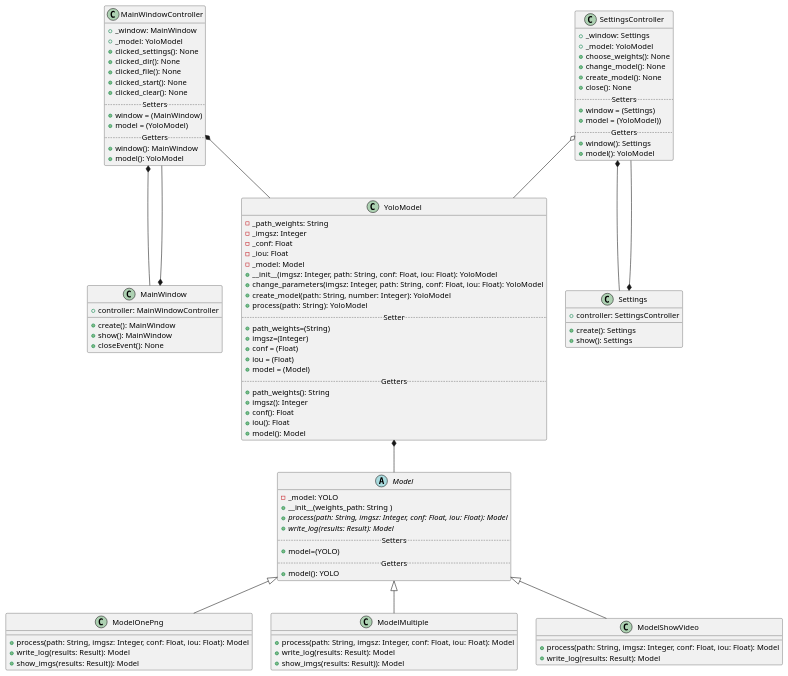
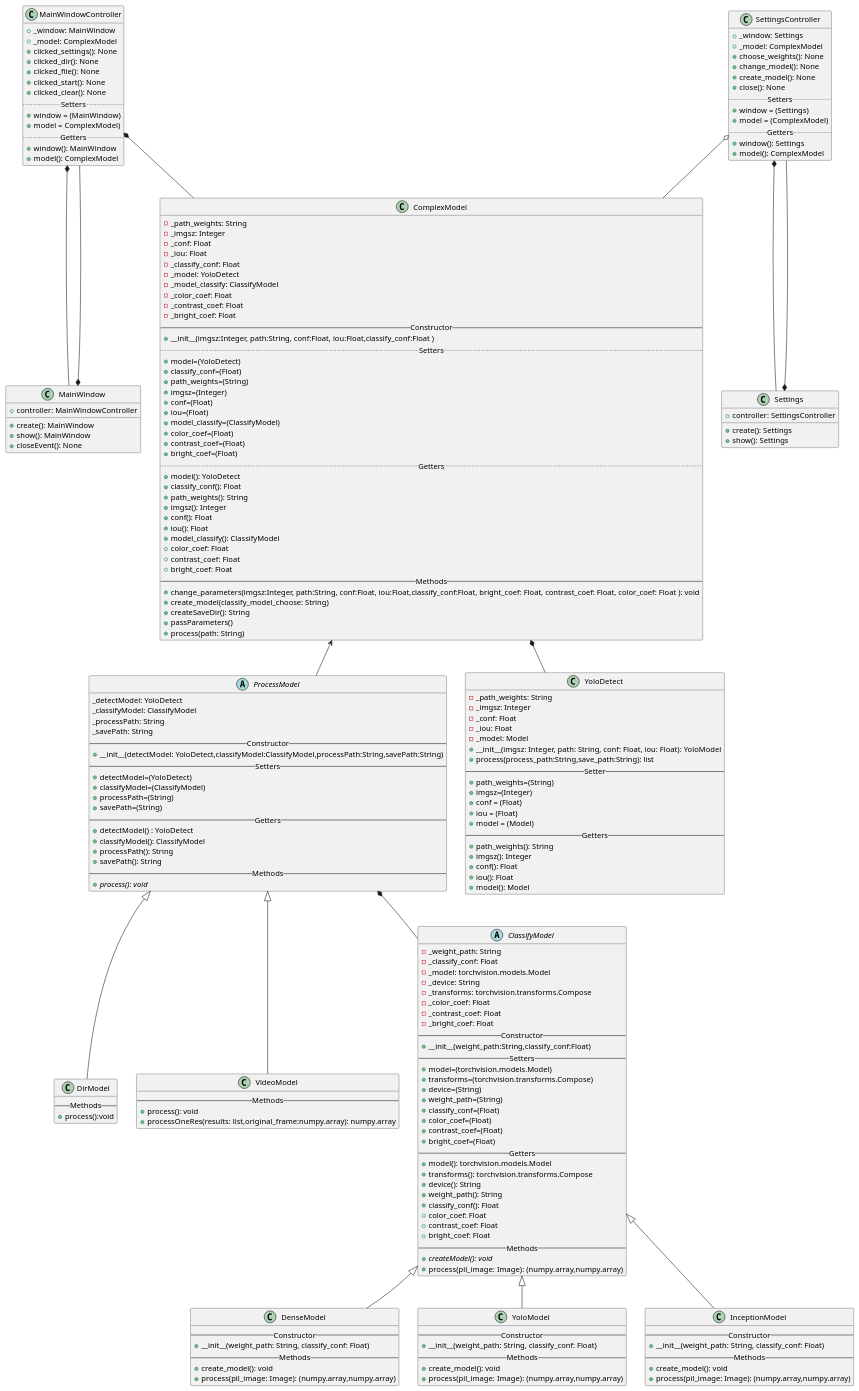
Before and after one commit to Murlocki/Curs: the diagram in diagrams/app_class.puml, drawn with PlantUML. The commit also changed 85 other files, not shown here.

```diff
--- a/diagrams/app_class.puml
+++ b/diagrams/app_class.puml
@@ -1,55 +1,170 @@
 @startuml
 'https://plantuml.com/class-diagram
 
-abstract class Model{
-    - _model: YOLO
-    + __init__(weights_path: String )
-    + {abstract} process(path: String, imgsz: Integer, conf: Float, iou: Float): Model
-    + {abstract} write_log(results: Result): Model
+class ComplexModel{
+    - _path_weights: String
+    - _imgsz: Integer
+    - _conf: Float
+    - _iou: Float
+    - _classify_conf: Float
+    - _model: YoloDetect
+    - _model_classify: ClassifyModel
+    - _color_coef: Float
+    - _contrast_coef: Float
+    - _bright_coef: Float
+    --Constructor--
+    + __init__(imgsz:Integer, path:String, conf:Float, iou:Float,classify_conf:Float )
     ..Setters..
-    + model=(YOLO)
+    + model=(YoloDetect)
+    + classify_conf=(Float)
+    + path_weights=(String)
+    + imgsz=(Integer)
+    + conf=(Float)
+    + iou=(Float)
+    + model_classify=(ClassifyModel)
+    + color_coef=(Float)
+    + contrast_coef=(Float)
+    + bright_coef=(Float)
     ..Getters..
-    + model(): YOLO
+    + model(): YoloDetect
+    + classify_conf(): Float
+    + path_weights(): String
+    + imgsz(): Integer
+    + conf(): Float
+    + iou(): Float
+    + model_classify(): ClassifyModel
+    + color_coef: Float
+    + contrast_coef: Float
+    + bright_coef: Float
+    --Methods--
+    + change_parameters(imgsz:Integer, path:String, conf:Float, iou:Float,classify_conf:Float, bright_coef: Float, contrast_coef: Float, color_coef: Float ): void
+    + create_model(classify_model_choose: String)
+    + createSaveDir(): String
+    + passParameters()
+    + process(path: String)
 }
 
-class ModelOnePng{
-    + process(path: String, imgsz: Integer, conf: Float, iou: Float): Model
-    + write_log(results: Result): Model
-    + show_imgs(results: Result)): Model
+abstract class ProcessModel{
+    _detectModel: YoloDetect
+    _classifyModel: ClassifyModel
+    _processPath: String
+    _savePath: String
+    --Constructor--
+    + __init__(detectModel: YoloDetect,classifyModel:ClassifyModel,processPath:String,savePath:String)
+    --Setters--
+    + detectModel=(YoloDetect)
+    + classifyModel=(ClassifyModel)
+    + processPath=(String)
+    + savePath=(String)
+    --Getters--
+    + detectModel() : YoloDetect
+    + classifyModel(): ClassifyModel
+    + processPath(): String
+    + savePath(): String
+    --Methods--
+    + {abstract} process(): void
 }
-class ModelMultiple{
-    + process(path: String, imgsz: Integer, conf: Float, iou: Float): Model
-    + write_log(results: Result): Model
-    + show_imgs(results: Result)): Model
+ComplexModel <-- ProcessModel
+
+class DirModel{
+    --Methods--
+    + process():void
 }
-class ModelShowVideo{
-    + process(path: String, imgsz: Integer, conf: Float, iou: Float): Model
-    + write_log(results: Result): Model
+class VideoModel{
+    --Methods--
+    + process(): void
+    + processOneRes(results: list,original_frame:numpy.array): numpy.array
+}
+ProcessModel <|-- DirModel
+ProcessModel <|-- VideoModel
+
+
+abstract class ClassifyModel{
+    - _weight_path: String
+    - _classify_conf: Float
+    - _model: torchvision.models.Model
+    - _device: String
+    - _transforms: torchvision.transforms.Compose
+    - _color_coef: Float
+    - _contrast_coef: Float
+    - _bright_coef: Float
+    --Constructor--
+    + __init__(weight_path:String,classify_conf:Float)
+    --Setters--
+    + model=(torchvision.models.Model)
+    + transforms=(torchvision.transforms.Compose)
+    + device=(String)
+    + weight_path=(String)
+    + classify_conf=(Float)
+    + color_coef=(Float)
+    + contrast_coef=(Float)
+    + bright_coef=(Float)
+    --Getters--
+    + model(): torchvision.models.Model
+    + transforms(): torchvision.transforms.Compose
+    + device(): String
+    + weight_path(): String
+    + classify_conf(): Float
+    + color_coef: Float
+    + contrast_coef: Float
+    + bright_coef: Float
+    --Methods--
+    + {abstract} createModel(): void
+    + process(pil_image: Image): (numpy.array,numpy.array)
 }
 
-class YoloModel {
+class DenseModel{
+    --Constructor--
+    +__init__(weight_path: String, classify_conf: Float)
+    --Methods--
+    + create_model(): void
+    + process(pil_image: Image): (numpy.array,numpy.array)
+}
+
+class YoloModel{
+    --Constructor--
+    +__init__(weight_path: String, classify_conf: Float)
+    --Methods--
+    + create_model(): void
+    + process(pil_image: Image): (numpy.array,numpy.array)
+}
+class InceptionModel{
+    --Constructor--
+    +__init__(weight_path: String, classify_conf: Float)
+    --Methods--
+    + create_model(): void
+    + process(pil_image: Image): (numpy.array,numpy.array)
+}
+
+
+ProcessModel *-- ClassifyModel
+ClassifyModel <|-- DenseModel
+ClassifyModel <|-- InceptionModel
+ClassifyModel <|-- YoloModel
+
+class YoloDetect {
 - _path_weights: String
 - _imgsz: Integer
 - _conf: Float
 - _iou: Float
 - _model: Model
 + __init__(imgsz: Integer, path: String, conf: Float, iou: Float): YoloModel
-+ change_parameters(imgsz: Integer, path: String, conf: Float, iou: Float): YoloModel
-+ create_model(path: String, number: Integer): YoloModel
-+ process(path: String): YoloModel
-..Setter..
++ process(process_path:String,save_path:String): list
+--Setter--
 + path_weights=(String)
 + imgsz=(Integer)
 + conf = (Float)
 + iou = (Float)
 + model = (Model)
-..Getters..
+--Getters--
 + path_weights(): String
 + imgsz(): Integer
 + conf(): Float
 + iou(): Float
 + model(): Model
 }
+
+ComplexModel *-- YoloDetect
 
 class Settings{
 + controller: SettingsController
@@ -64,7 +179,7 @@
 }
 class MainWindowController{
 + _window: MainWindow
-+ _model: YoloModel
++ _model: ComplexModel
 + clicked_settings(): None
 + clicked_dir(): None
 + clicked_file(): None
@@ -72,39 +187,35 @@
 + clicked_clear(): None
 ..Setters..
 + window = (MainWindow)
-+ model = (YoloModel)
++ model = ComplexModel)
 ..Getters..
 + window(): MainWindow
-+ model(): YoloModel
++ model(): ComplexModel
 }
 class SettingsController{
 + _window: Settings
-+ _model: YoloModel
++ _model: ComplexModel
 + choose_weights(): None
 + change_model(): None
 + create_model(): None
 + close(): None
 ..Setters..
 + window = (Settings)
-+ model = (YoloModel))
++ model = (ComplexModel)
 ..Getters..
 + window(): Settings
-+ model(): YoloModel
++ model(): ComplexModel
 }
 
-Model <|-- ModelOnePng
-Model <|-- ModelMultiple
-Model <|-- ModelShowVideo
 
-YoloModel *-- Model
 
 MainWindow *-- MainWindowController
 MainWindowController *-- MainWindow
 
 Settings *-- SettingsController
 SettingsController *-- Settings
-SettingsController o-- YoloModel
+SettingsController o-- ComplexModel
 
-MainWindowController *-- YoloModel
+MainWindowController *-- ComplexModel
 
 @enduml
```
